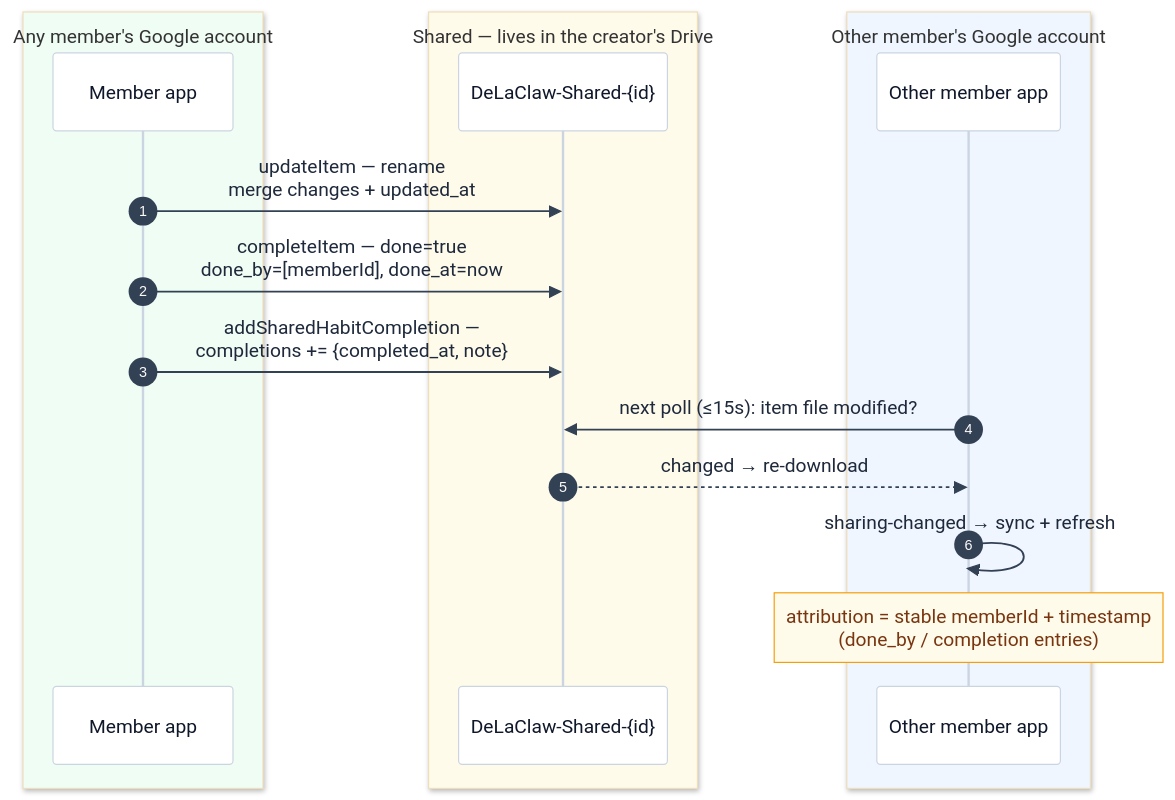
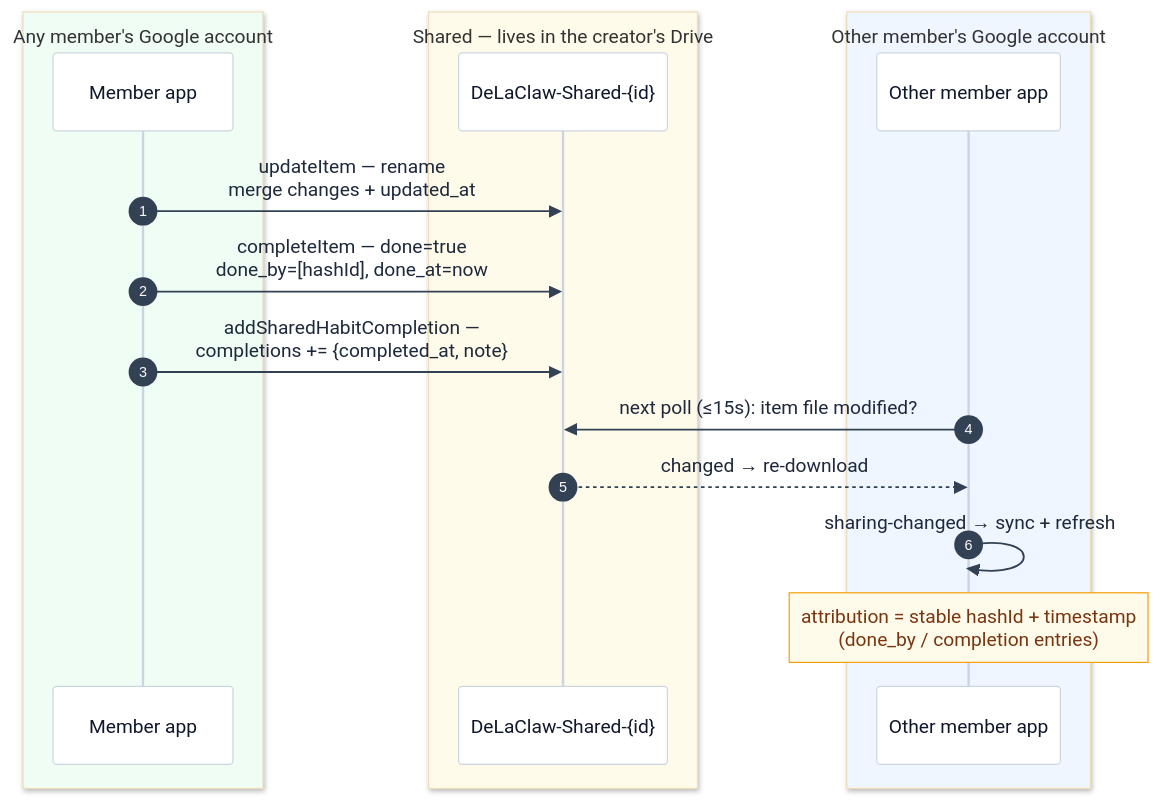
The fourth of 9 diagrams in docs-site/sharing.md (AntGro/DeLaClaw), drawn with Mermaid before and after one commit. The commit also changed other lines of this file and 6 other files, not shown here.

First line of the commit message:
docs(sharing): target design — 14 decided questions in flows and contract

````diff
--- a/docs-site/sharing.md
+++ b/docs-site/sharing.md
@@ -199,22 +212,22 @@
 ```mermaid
 %%{init: {'theme': 'base', 'themeVariables': {'background': '#fbfaf8', 'actorBkg': '#ffffff', 'actorBorder': '#cbd5e1', 'actorTextColor': '#0f172a', 'actorLineColor': '#cbd5e1', 'signalColor': '#334155', 'signalTextColor': '#1e293b', 'noteBkgColor': '#fffbeb', 'noteBorderColor': '#f59e0b', 'noteTextColor': '#78350f', 'labelBoxBkgColor': '#0f172a', 'labelBoxBorderColor': '#0f172a', 'labelTextColor': '#ffffff'}}}%%
 sequenceDiagram
     autonumber
     box rgb(240,253,244) Any member's Google account
     participant MA as Member app
     end
     box rgb(255,251,235) Shared — lives in the creator's Drive
     participant SF as DeLaClaw-Shared-{id}
     end
     box rgb(239,246,255) Other member's Google account
     participant OA as Other member app
     end
 
     MA->>SF: updateItem — rename<br/>merge changes + updated_at
-    MA->>SF: completeItem — done=true<br/>done_by=[memberId], done_at=now
+    MA->>SF: completeItem — done=true<br/>done_by=[hashId], done_at=now
     MA->>SF: addSharedHabitCompletion —<br/>completions += {completed_at, note}
     OA->>SF: next poll (≤15s): item file modified?
     SF-->>OA: changed → re-download
     OA->>OA: sharing-changed → sync + refresh
-    Note over OA: attribution = stable memberId + timestamp<br/>(done_by / completion entries)
+    Note over OA: attribution = stable hashId + timestamp<br/>(done_by / completion entries)
 ```
````
